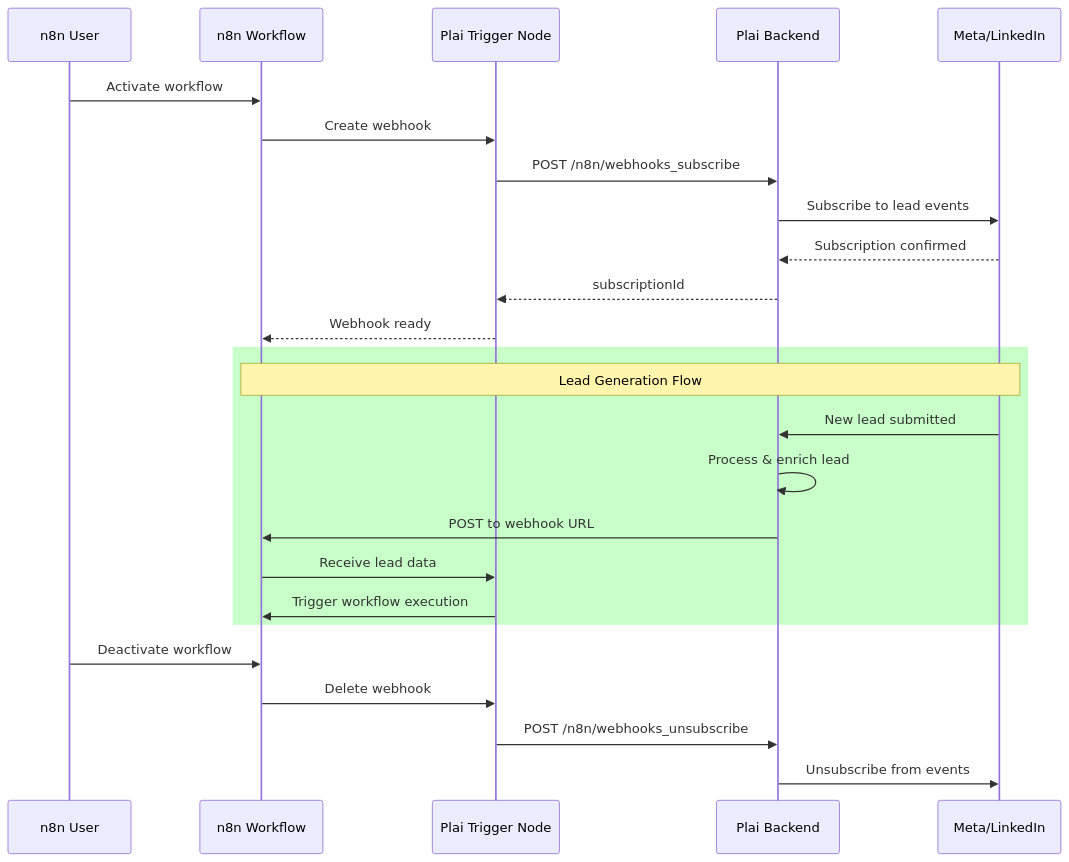
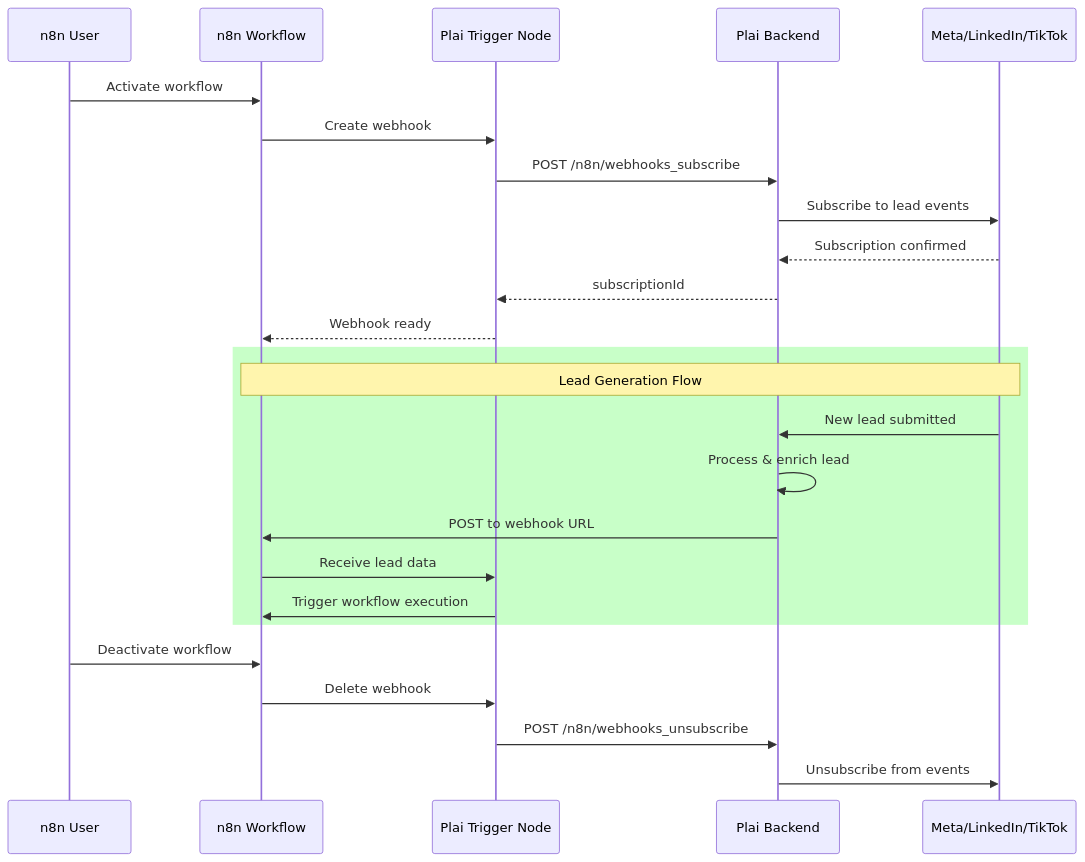
One commit to plai-io/n8n-nodes-plai changed the second of 4 diagrams in ARCHITECTURE.md. Above: the diagram before and after it, drawn with Mermaid. The commit also changed other lines of this file and 6 other files, not shown here.

Commit message:
docs: add TikTok trigger support to README, node descriptions, and internal package metadata

````diff
--- a/ARCHITECTURE.md
+++ b/ARCHITECTURE.md
@@ -53,30 +57,30 @@
 ```mermaid
 sequenceDiagram
     participant User as n8n User
     participant N8N as n8n Workflow
     participant PlaiTrigger as Plai Trigger Node
     participant PlaiAPI as Plai Backend
-    participant Meta as Meta/LinkedIn
+    participant Meta as Meta/LinkedIn/TikTok
     
     User->>N8N: Activate workflow
     N8N->>PlaiTrigger: Create webhook
     PlaiTrigger->>PlaiAPI: POST /n8n/webhooks_subscribe
     PlaiAPI->>Meta: Subscribe to lead events
     Meta-->>PlaiAPI: Subscription confirmed
     PlaiAPI-->>PlaiTrigger: subscriptionId
     PlaiTrigger-->>N8N: Webhook ready
     
     rect rgb(200, 255, 200)
         Note over Meta,N8N: Lead Generation Flow
         Meta->>PlaiAPI: New lead submitted
         PlaiAPI->>PlaiAPI: Process & enrich lead
         PlaiAPI->>N8N: POST to webhook URL
         N8N->>PlaiTrigger: Receive lead data
         PlaiTrigger->>N8N: Trigger workflow execution
     end
     
     User->>N8N: Deactivate workflow
     N8N->>PlaiTrigger: Delete webhook
     PlaiTrigger->>PlaiAPI: POST /n8n/webhooks_unsubscribe
     PlaiAPI->>Meta: Unsubscribe from events
 ```
````
